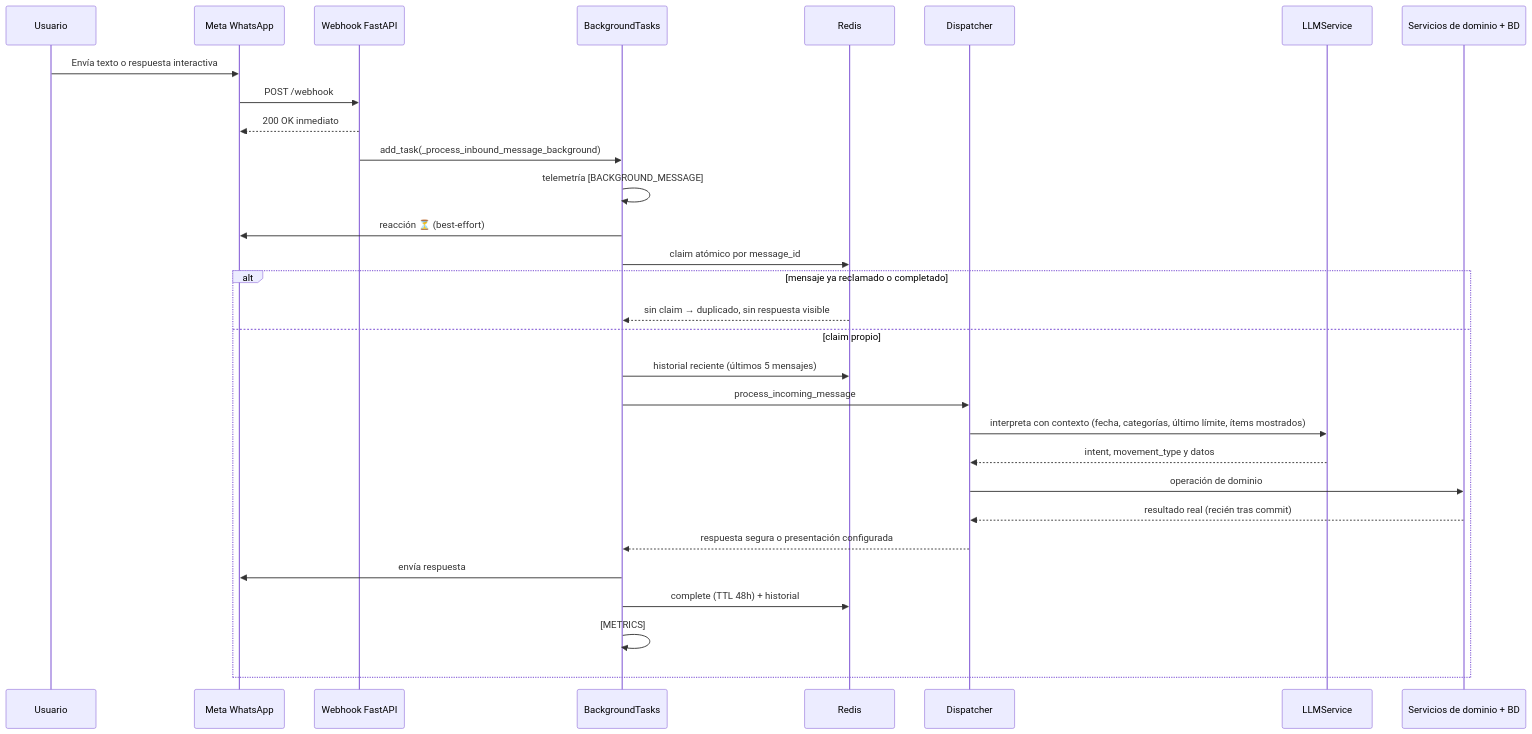
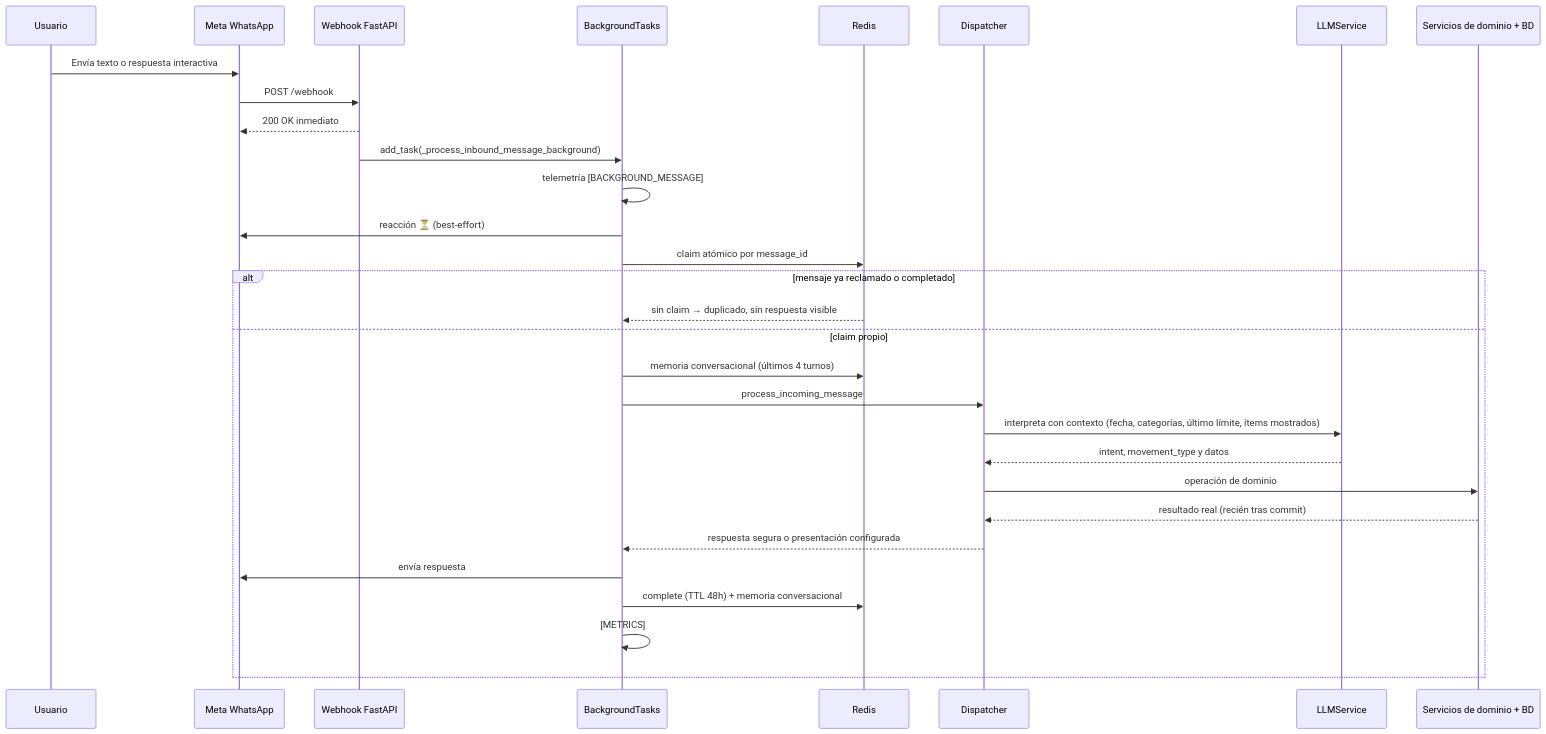
The diagram in docs/architecture.md (blob1618/luka), drawn with Mermaid before and after one commit. The commit also changed other lines of this file and 3 other files, not shown here.

````diff
--- a/docs/architecture.md
+++ b/docs/architecture.md
@@ -66,33 +66,33 @@
 ```mermaid
 sequenceDiagram
     participant U as Usuario
     participant M as Meta WhatsApp
     participant W as Webhook FastAPI
     participant B as BackgroundTasks
     participant R as Redis
     participant D as Dispatcher
     participant L as LLMService
     participant S as Servicios de dominio + BD
 
     U->>M: Envía texto o respuesta interactiva
     M->>W: POST /webhook
     W-->>M: 200 OK inmediato
     W->>B: add_task(_process_inbound_message_background)
     B->>B: telemetría [BACKGROUND_MESSAGE]
     B->>M: reacción ⏳ (best-effort)
     B->>R: claim atómico por message_id
     alt mensaje ya reclamado o completado
         R-->>B: sin claim → duplicado, sin respuesta visible
     else claim propio
-        B->>R: historial reciente (últimos 5 mensajes)
+        B->>R: memoria conversacional (últimos 4 turnos)
         B->>D: process_incoming_message
         D->>L: interpreta con contexto (fecha, categorías, último límite, ítems mostrados)
         L-->>D: intent, movement_type y datos
         D->>S: operación de dominio
         S-->>D: resultado real (recién tras commit)
         D-->>B: respuesta segura o presentación configurada
         B->>M: envía respuesta
-        B->>R: complete (TTL 48h) + historial
+        B->>R: complete (TTL 48h) + memoria conversacional
         B->>B: [METRICS]
     end
 ```
````
